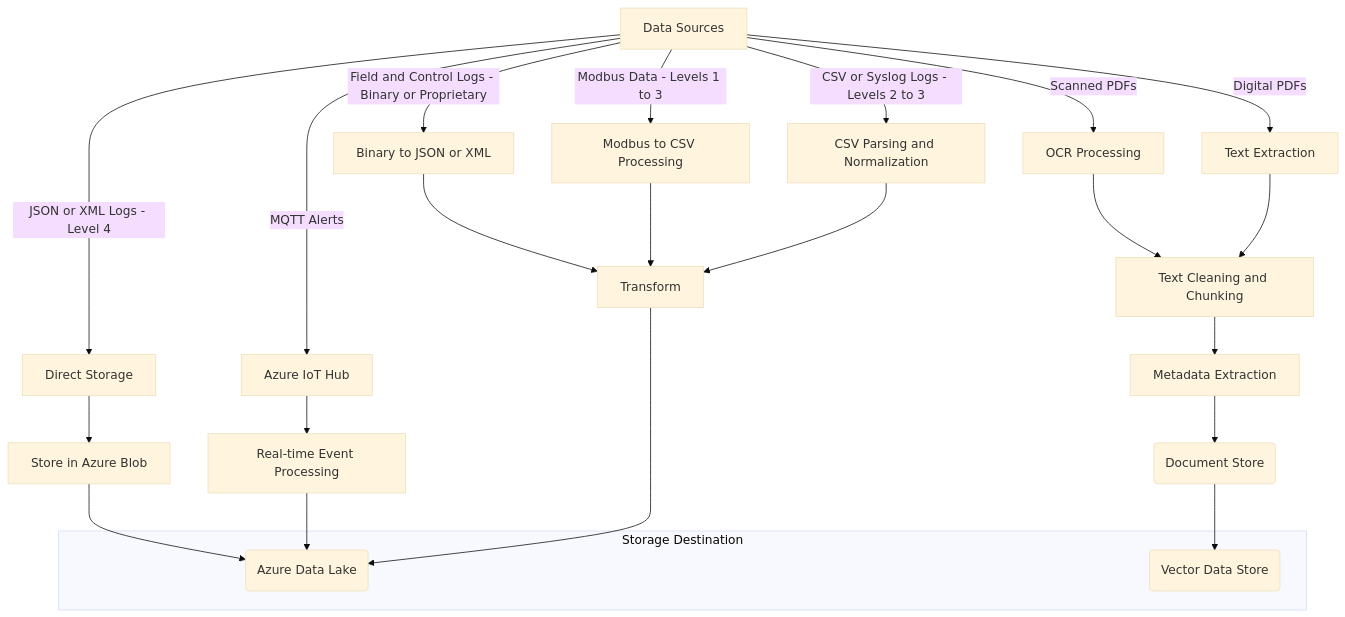
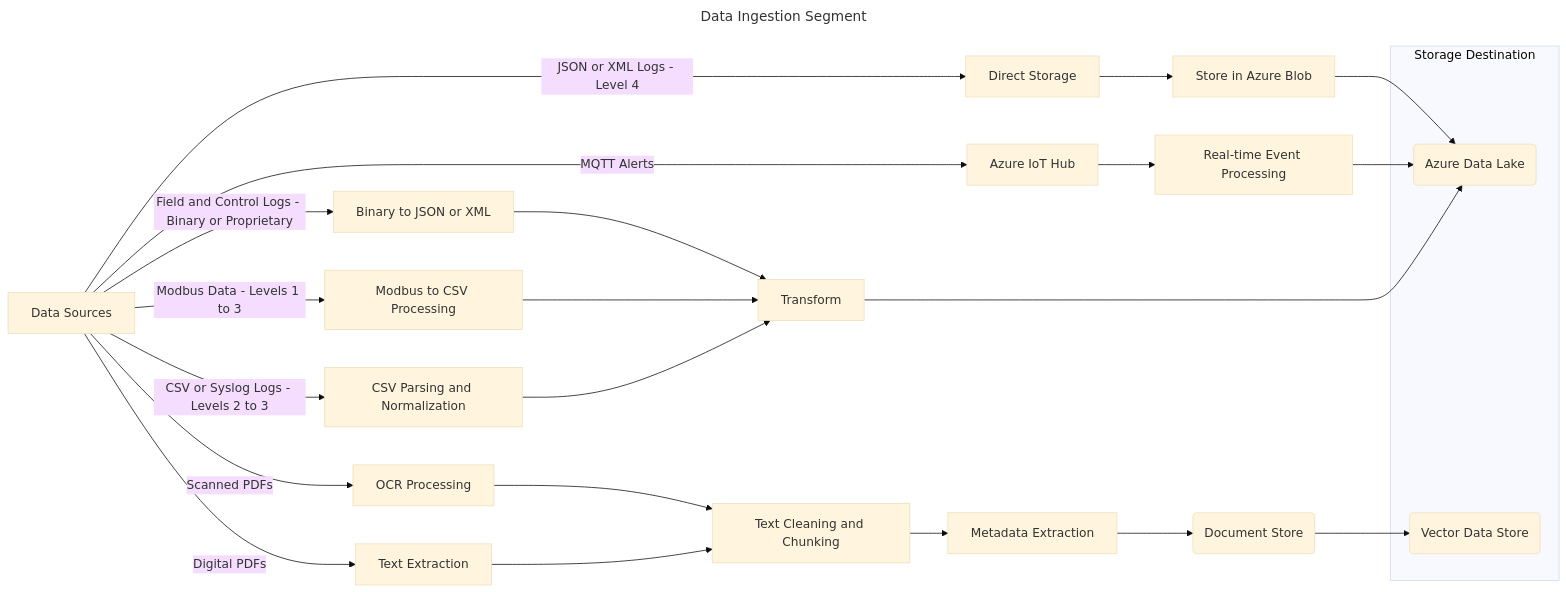
One commit to rajivgangadharan/ai-for-field-engineers changed the diagram in solution-architecture.md. Above: the diagram before and after it, drawn with Mermaid (base theme).

Commit message:
Changed orientation of the diagram from left to right

````diff
--- a/solution-architecture.md
+++ b/solution-architecture.md
@@ -109,33 +109,36 @@
 ```mermaid
+---
+title: Data Ingestion Segment
+---
 
-graph TD;
+graph LR;
     DS[Data Sources] -->|Scanned PDFs| O[OCR Processing];
     DS -->|Digital PDFs| TE[Text Extraction];
     DS -->|Field and Control Logs - Binary or Proprietary| BJX[Binary to JSON or XML];
     DS -->|Modbus Data - Levels 1 to 3| E[Modbus to CSV Processing];
-    DS -->|CSV or Syslog Logs - Levels 2 to 3| F[CSV Parsing and Normalization];
+    DS -->|CSV or Syslog Logs - Levels 2 to 3| PN[CSV Parsing and Normalization];
     DS -->|JSON or XML Logs - Level 4| DIS[Direct Storage];
-    DS -->|MQTT Alerts| H[Azure IoT Hub];
+    DS -->|MQTT Alerts| HUB[Azure IoT Hub];
     
     O --> I[Text Cleaning and Chunking];
     TE --> I;
     BJX --> T[Transform];
     E --> T;
-    F --> T;
+    PN --> T;
     DIS --> K[Store in Azure Blob];
-    H --> R[Real-time Event Processing];
+    HUB --> R[Real-time Event Processing];
     
     I --> M[Metadata Extraction];
     K --> N;
     R --> N;
     
     T   --> N(Azure Data Lake);
     M   --> DOC(Document Store);
     DOC --> V(Vector Data Store);
     
     subgraph "Storage Destination"
         N
         V
     end
 
 ```
````
